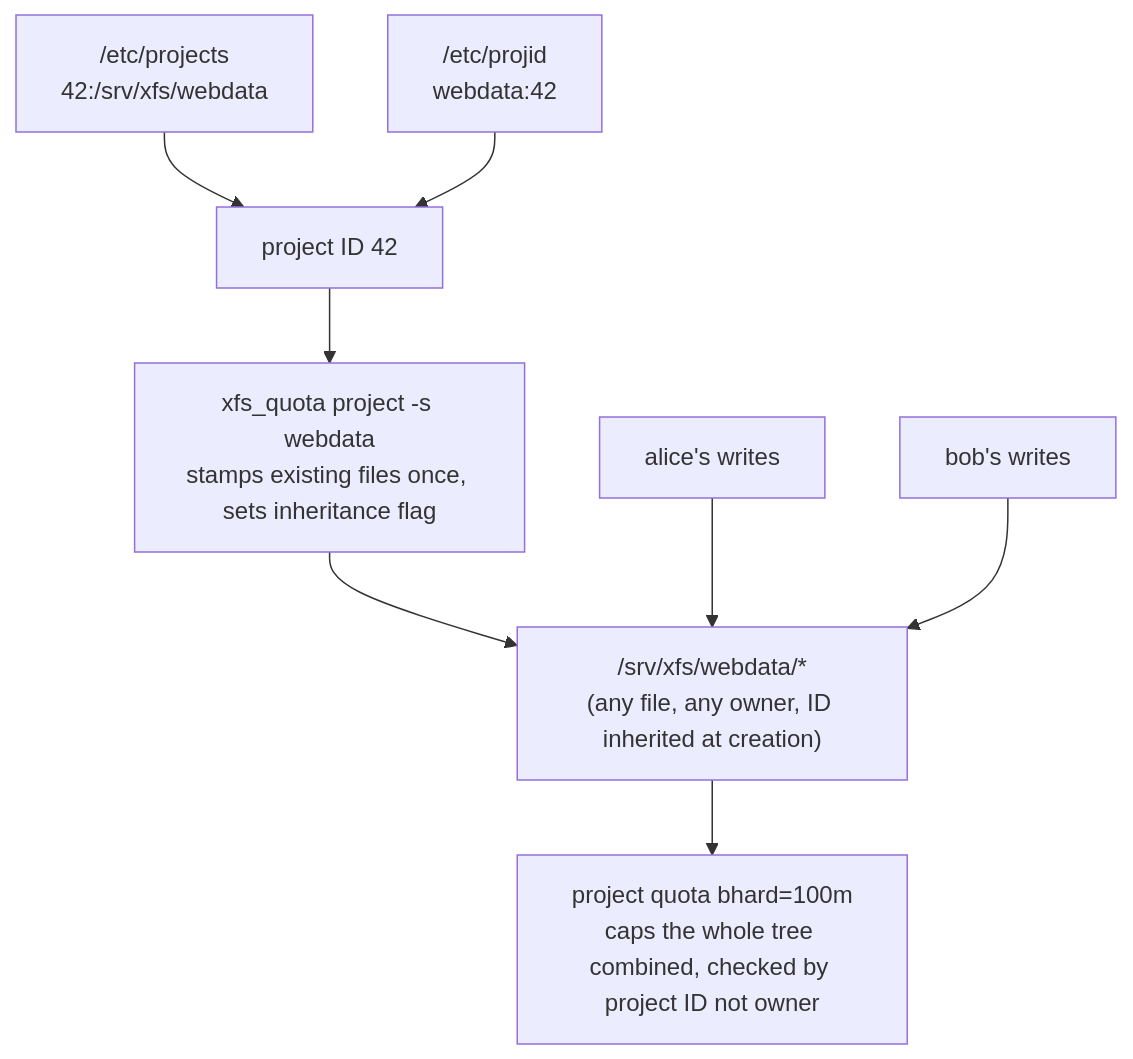
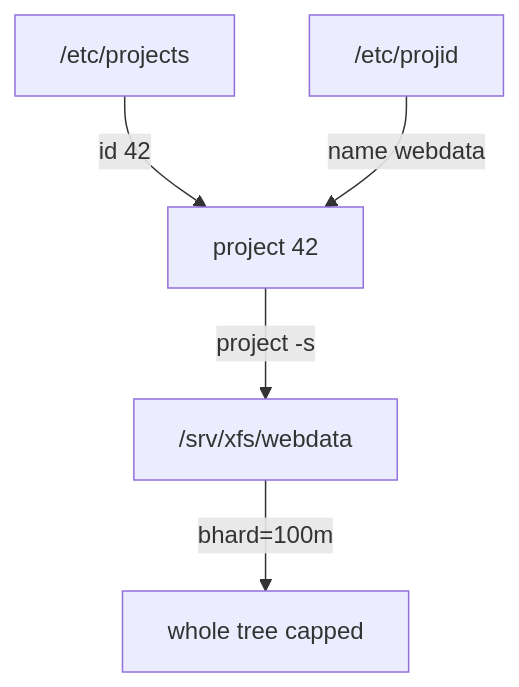
Before and after one commit to astrona-io/ATS004: the diagram in sections/section-080/module-03/course-02-project-quotas.md, drawn with Mermaid. The commit also changed other lines of this file and 287 other files, not shown here.

````diff
--- a/sections/section-080/module-03/course-02-project-quotas.md
+++ b/sections/section-080/module-03/course-02-project-quotas.md
@@ -44,11 +45,7 @@
 ```mermaid
-flowchart TD
-    PROJECTS["/etc/projects<br/>42:/srv/xfs/webdata"] --> ID["project ID 42"]
-    PROJID["/etc/projid<br/>webdata:42"] --> ID
-    ID --> STAMP["xfs_quota project -s webdata<br/>stamps existing files once, sets inheritance flag"]
-    STAMP --> TREE["/srv/xfs/webdata/*<br/>(any file, any owner, ID inherited at creation)"]
-
-    ALICE["alice's writes"] --> TREE
-    BOB["bob's writes"] --> TREE
-    TREE --> LIMIT["project quota bhard=100m<br/>caps the whole tree combined, checked by project ID not owner"]
+flowchart TB
+    P["/etc/projects"] -->|"id 42"| ID["project 42"]
+    N["/etc/projid"] -->|"name webdata"| ID
+    ID -->|"project -s"| TREE["/srv/xfs/webdata"]
+    TREE -->|"bhard=100m"| LIMIT["whole tree capped"]
 ```
````
